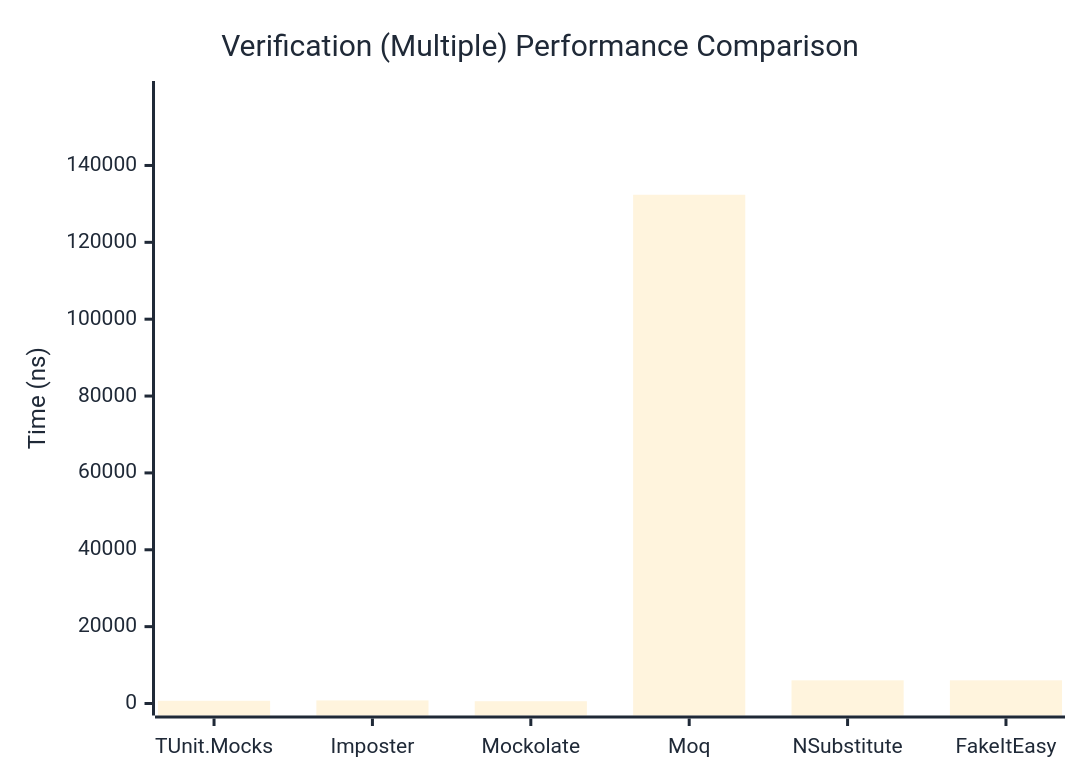
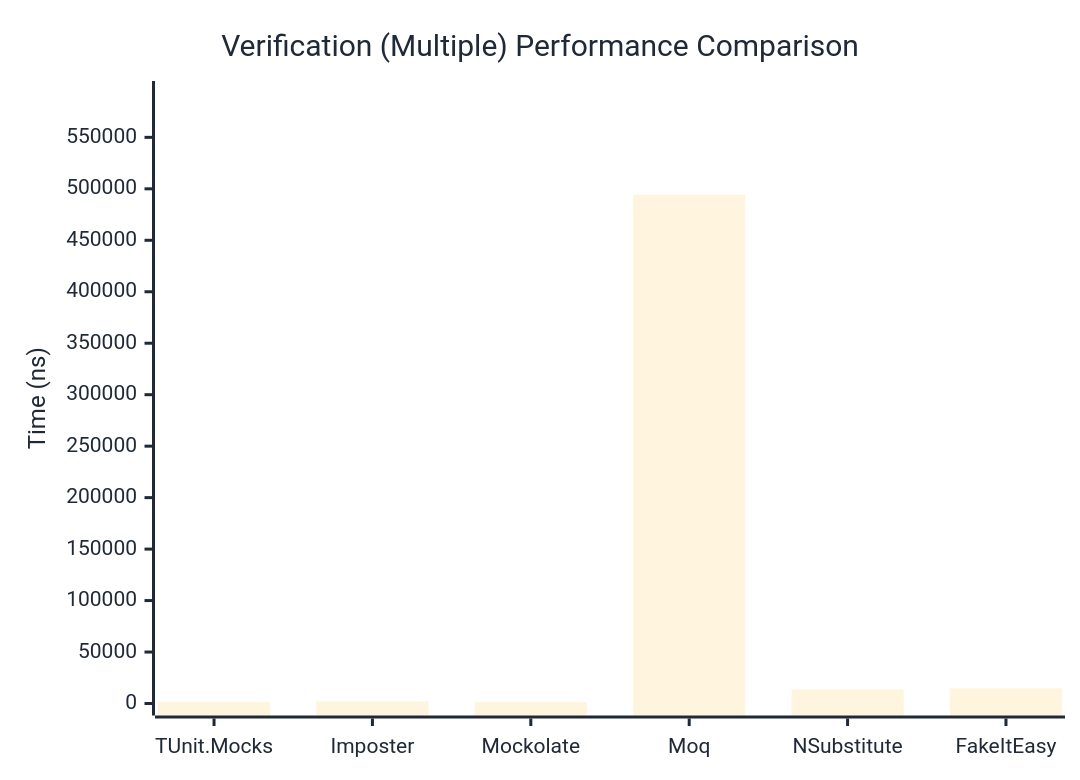
One commit to thomhurst/TUnit changed the third of 3 diagrams in docs/docs/benchmarks/mocks/Verification.md. Above: the diagram before and after it, drawn with Mermaid. The commit also changed other lines of this file and 14 other files, not shown here.

````diff
--- a/docs/docs/benchmarks/mocks/Verification.md
+++ b/docs/docs/benchmarks/mocks/Verification.md
@@ -112,27 +112,27 @@
 ```mermaid
 %%{init: {
   'theme':'base',
   'themeVariables': {
     'primaryColor': '#2563eb',
     'primaryTextColor': '#1f2937',
     'primaryBorderColor': '#1e40af',
     'lineColor': '#6b7280',
     'secondaryColor': '#7c3aed',
     'tertiaryColor': '#dc2626',
     'background': '#ffffff',
     'pie1': '#2563eb',
     'pie2': '#7c3aed',
     'pie3': '#dc2626',
     'pie4': '#f59e0b',
     'pie5': '#10b981',
     'pie6': '#06b6d4',
     'pie7': '#ec4899',
     'pie8': '#6366f1'
   }
 }}%%
 xychart-beta
   title "Verification (Multiple) Performance Comparison"
   x-axis ["TUnit.Mocks", "Imposter", "Mockolate", "Moq", "NSubstitute", "FakeItEasy"]
-  y-axis "Time (ns)" 0 --> 158856
-  bar [707.71, 800.27, 593.95, 132379.8, 6026.27, 6032]
+  y-axis "Time (ns)" 0 --> 593088
+  bar [1398.58, 2001.89, 1349.58, 494239.58, 13538.57, 14691.21]
 ```
````
